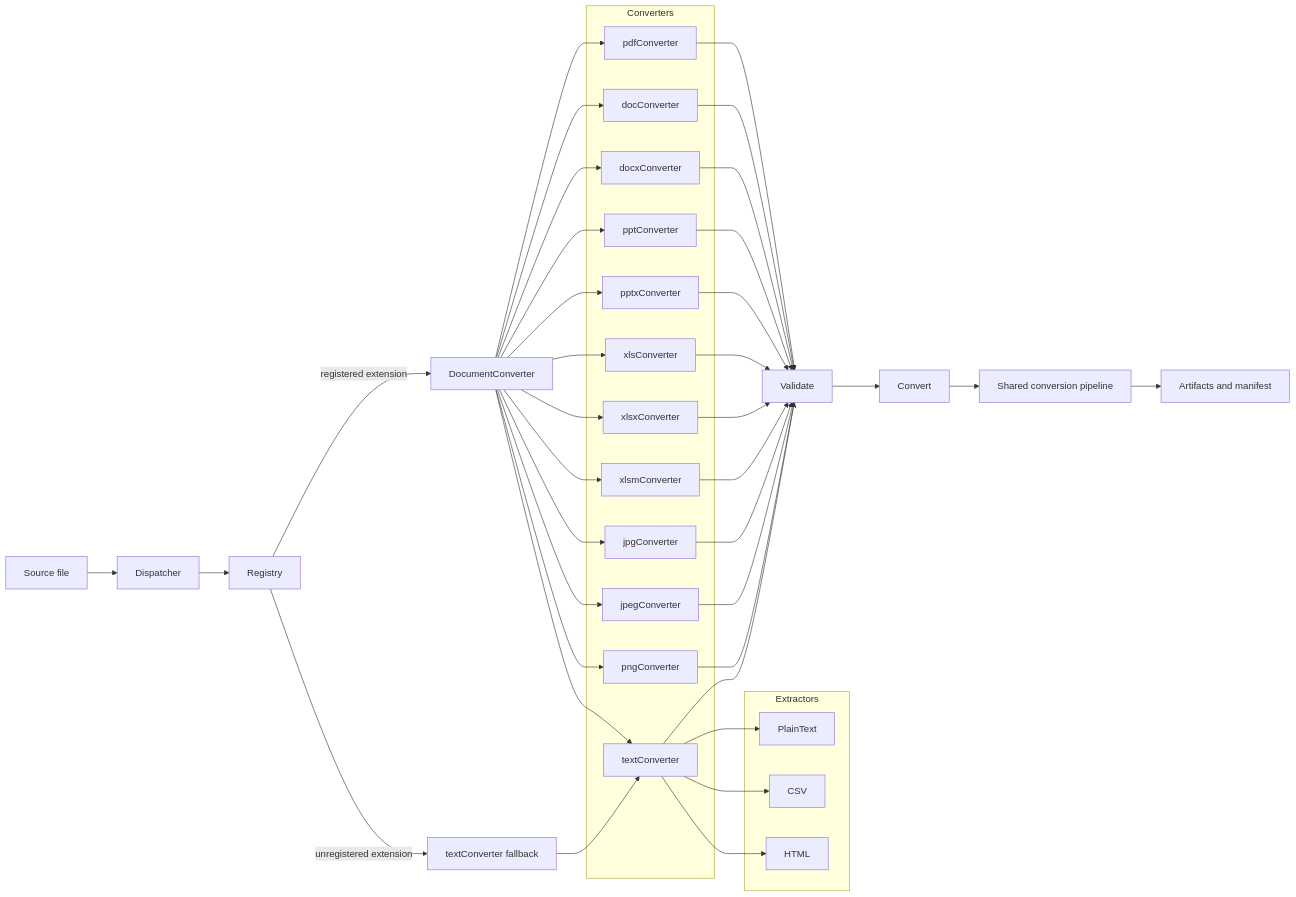
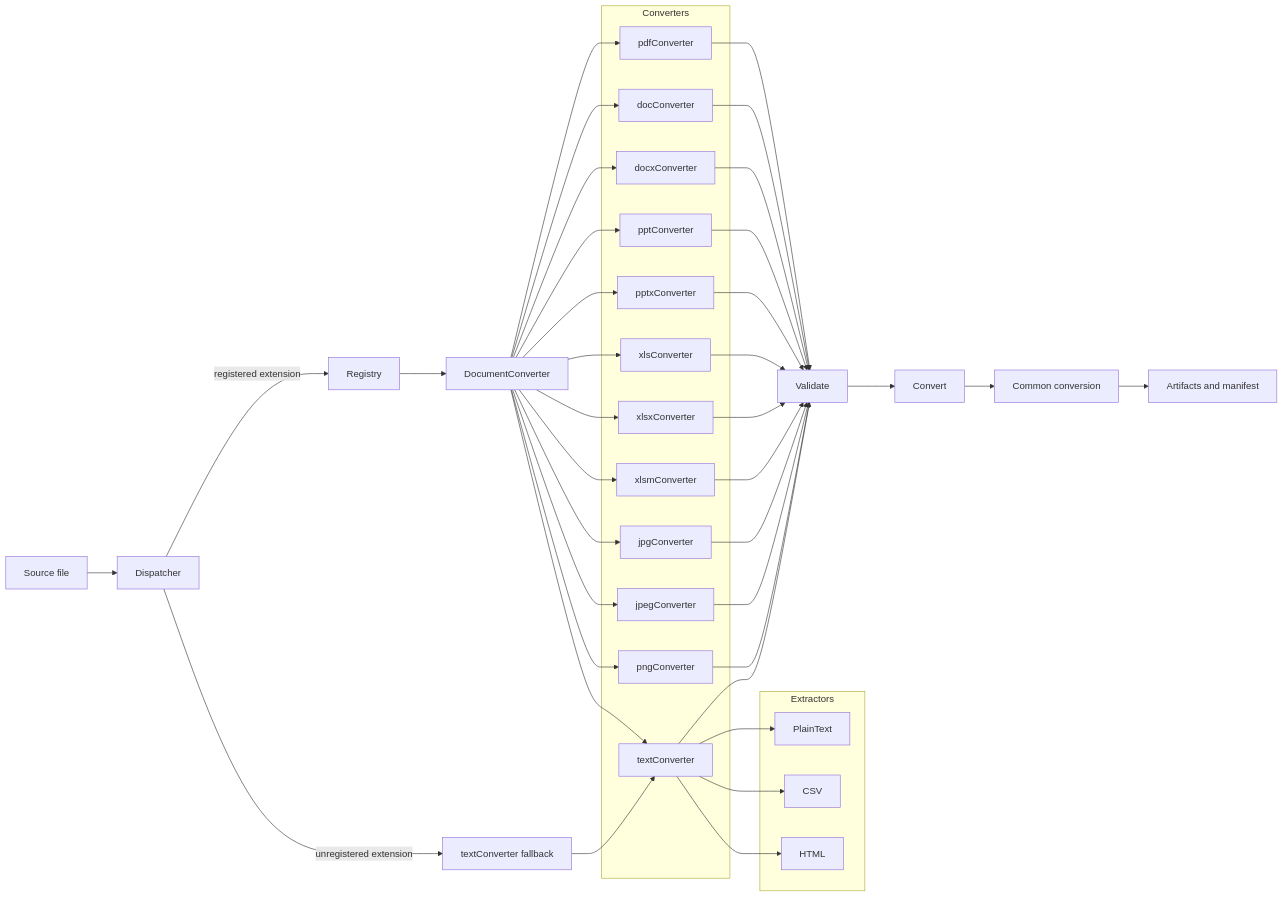
Before and after one commit to mochizuki875/llm-file-gateway: the second of 4 diagrams in DESIGN.md, drawn with Mermaid. The commit also changed other lines of this file and 14 other files, not shown here.

````diff
--- a/DESIGN.md
+++ b/DESIGN.md
@@ -96,63 +93,63 @@
 ```mermaid
 flowchart LR
   S[Source file] --> D[Dispatcher]
-  D --> R[Registry]
-  R -->|registered extension| P[DocumentConverter]
-  R -->|unregistered extension| T[textConverter fallback]
+  D -->|registered extension| R[Registry]
+  D -->|unregistered extension| T[textConverter fallback]
+  R --> P[DocumentConverter]
 
   subgraph Plugins[Converters]
     PDF[pdfConverter]
     DOC[docConverter]
     DOCX[docxConverter]
     PPT[pptConverter]
     PPTX[pptxConverter]
     XLS[xlsConverter]
     XLSX[xlsxConverter]
     XLSM[xlsmConverter]
     JPG[jpgConverter]
     JPEG[jpegConverter]
     PNG[pngConverter]
     Text[textConverter]
   end
 
   P --> PDF
   P --> DOC
   P --> DOCX
   P --> PPT
   P --> PPTX
   P --> XLS
   P --> XLSX
   P --> XLSM
   P --> JPG
   P --> JPEG
   P --> PNG
   P --> Text
   T --> Text
 
   PDF --> V[Validate]
   DOC --> V[Validate]
   DOCX --> V[Validate]
   PPT --> V[Validate]
   PPTX --> V[Validate]
   XLS --> V[Validate]
   XLSX --> V[Validate]
   XLSM --> V[Validate]
   JPG --> V[Validate]
   JPEG --> V[Validate]
   PNG --> V[Validate]
   Text --> V[Validate]
 
   Text --> Plain
   Text --> CSV
   Text --> HTML
 
   subgraph Extractors[Extractors]
     Plain[PlainText]
     CSV[CSV]
     HTML[HTML]
   end
 
   V --> C[Convert]
-  C --> Pipeline[Shared conversion pipeline]
-  Pipeline --> Result[Artifacts and manifest]
+  C --> Convert[Common conversion]
+  Convert --> Result[Artifacts and manifest]
 ```
````
